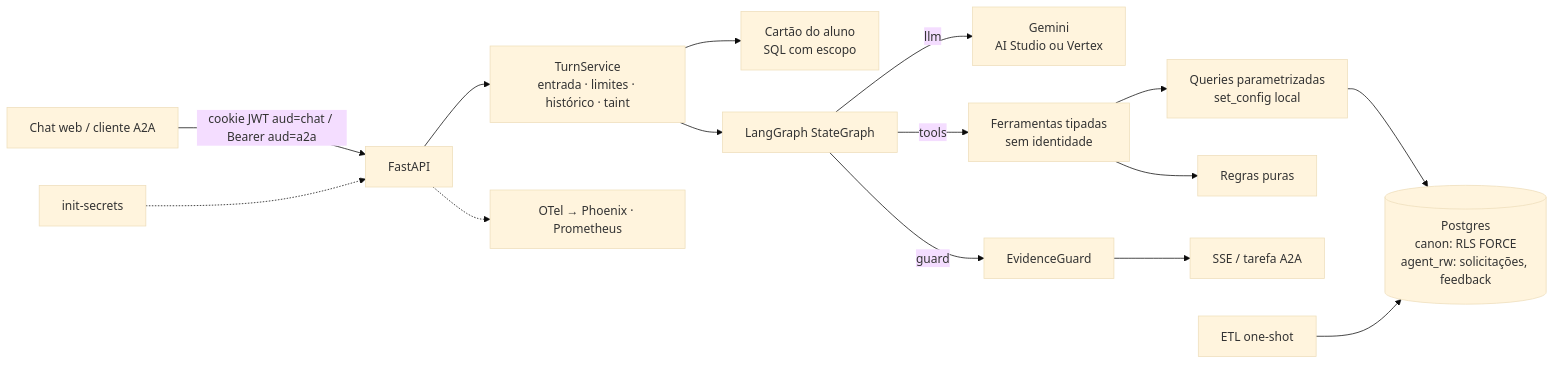
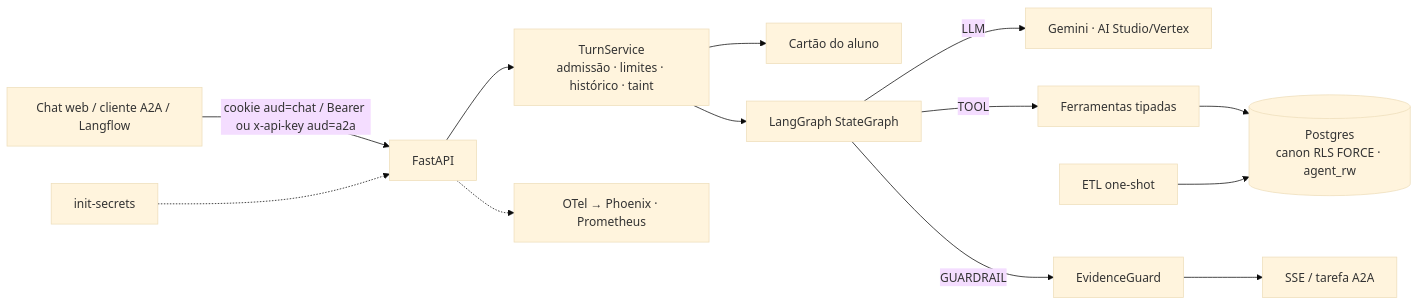
One commit to MiguelSanzBr/student-agent changed the diagram in docs/superpowers/specs/2026-11-03-agente-atendimento-aluno-design.md. Above: the diagram before and after it, drawn with Mermaid (base theme). The commit also changed other lines of this file and 1 other file, not shown here.

````diff
--- a/docs/superpowers/specs/2026-11-03-agente-atendimento-aluno-design.md
+++ b/docs/superpowers/specs/2026-11-03-agente-atendimento-aluno-design.md
@@ -95,17 +109,15 @@
 ```mermaid
 flowchart LR
-  U[Chat web / cliente A2A] -- "cookie JWT aud=chat / Bearer aud=a2a" --> API[FastAPI]
-  API --> TS[TurnService<br/>entrada · limites · histórico · taint]
-  TS --> CARD[Cartão do aluno<br/>SQL com escopo]
+  U[Chat web / cliente A2A / Langflow] -- "cookie aud=chat / Bearer ou x-api-key aud=a2a" --> API[FastAPI]
+  API --> TS[TurnService<br/>admissão · limites · histórico · taint]
+  TS --> CARD[Cartão do aluno]
   TS --> G[LangGraph StateGraph]
-  G -->|llm| GEM[Gemini<br/>AI Studio ou Vertex]
-  G -->|tools| T[Ferramentas tipadas<br/>sem identidade]
-  T --> Q[Queries parametrizadas<br/>set_config local]
-  Q --> PG[(Postgres<br/>canon: RLS FORCE<br/>agent_rw: solicitações, feedback)]
-  T --> R[Regras puras]
-  G -->|guard| EG[EvidenceGuard]
+  G -->|LLM| GEM[Gemini · AI Studio/Vertex]
+  G -->|TOOL| T[Ferramentas tipadas]
+  T --> PG[(Postgres<br/>canon RLS FORCE · agent_rw)]
+  G -->|GUARDRAIL| EG[EvidenceGuard]
   EG --> OUT[SSE / tarefa A2A]
   API -.-> OBS[OTel → Phoenix · Prometheus]
   SEC[init-secrets] -.-> API
   ETL[ETL one-shot] --> PG
 ```
````
